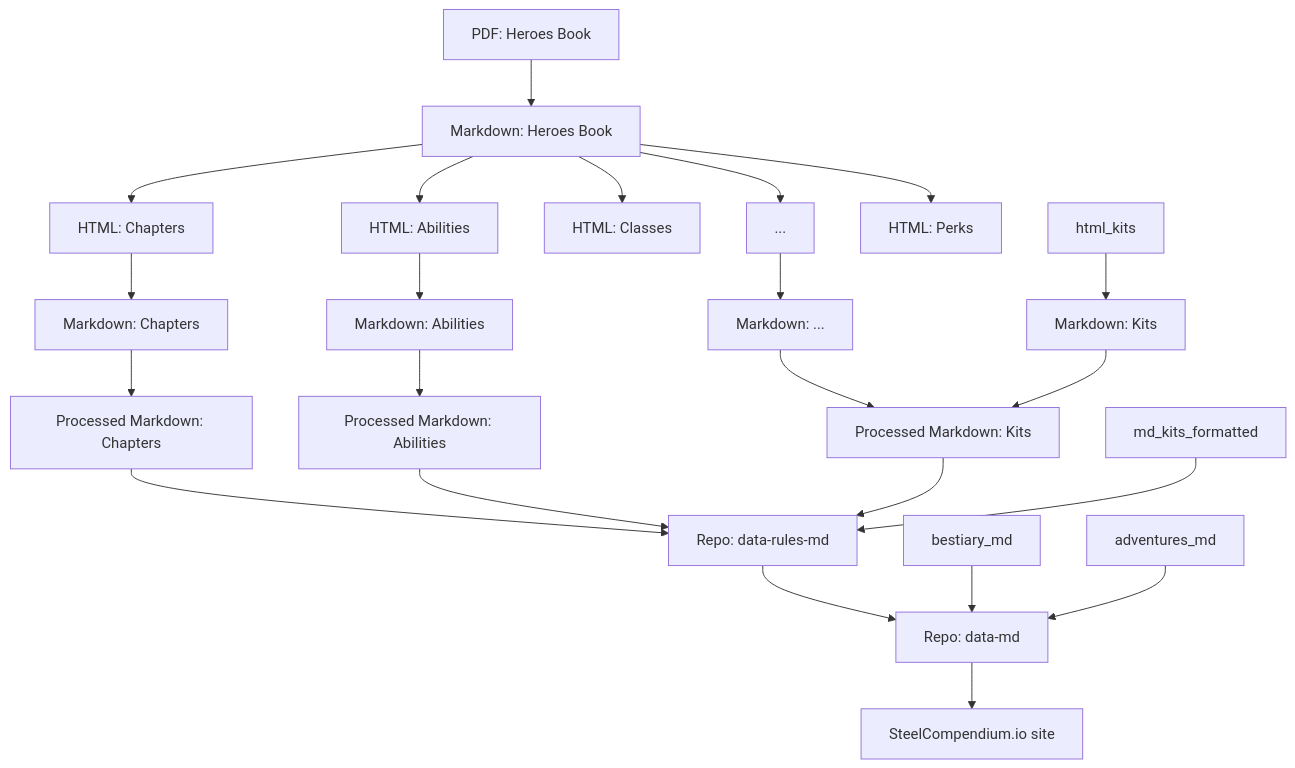
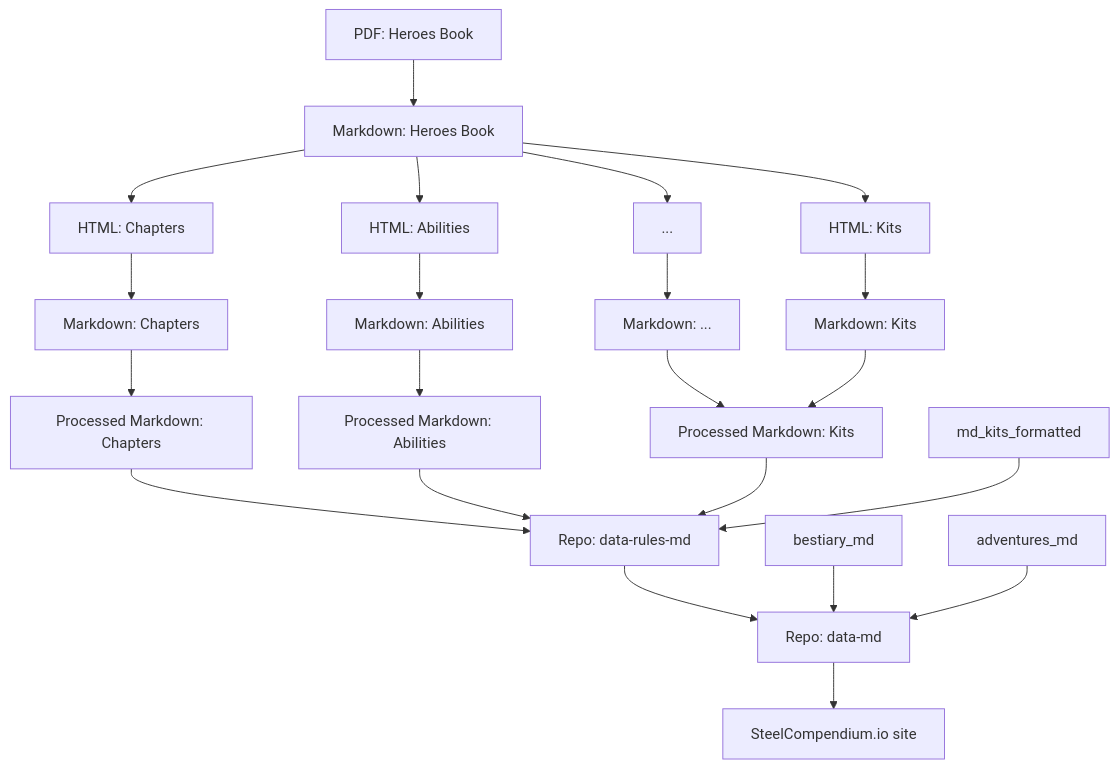
Before and after one commit to SteelCompendium/data-gen: the diagram in README.md, drawn with Mermaid.

Commit message:
Updating diagram

````diff
--- a/README.md
+++ b/README.md
@@ -10,31 +10,30 @@
 ```mermaid
 flowchart TB
     pdf["PDF: Heroes Book"] --> markdown["Markdown: Heroes Book"]
     
     markdown --> html_chapters["HTML: Chapters"]
     markdown --> html_abilities["HTML: Abilities"]
-    markdown --> html_classes["HTML: Classes"]
     markdown --> html_dots["..."]
-    markdown --> html_perks["HTML: Perks"]
+    markdown --> html_kits["HTML: Kits"]
     
     html_chapters --> md_chapters["Markdown: Chapters"]
     html_abilities --> md_abilities["Markdown: Abilities"]
     html_dots --> md_dots["Markdown: ..."]
     html_kits --> md_kits["Markdown: Kits"]
     
     md_chapters --> md_chapters_formatted["Processed Markdown: Chapters"]
     md_abilities --> md_abilities_formatted["Processed Markdown: Abilities"]
     md_dots --> md_dots_formatted["Processed Markdown: ..."]
     md_kits --> md_dots_formatted["Processed Markdown: Kits"]
     
     md_chapters_formatted --> rules_md["Repo: data-rules-md"]
     md_abilities_formatted --> rules_md["Repo: data-rules-md"]
     md_dots_formatted --> rules_md["Repo: data-rules-md"]
     md_kits_formatted --> rules_md["Repo: data-rules-md"]
     
     rules_md --> data_md["Repo: data-md"]
     bestiary_md --> data_md["Repo: data-md"]
     adventures_md --> data_md["Repo: data-md"]
 
     data_md --> sc_site["SteelCompendium.io site"]
 ```
````
